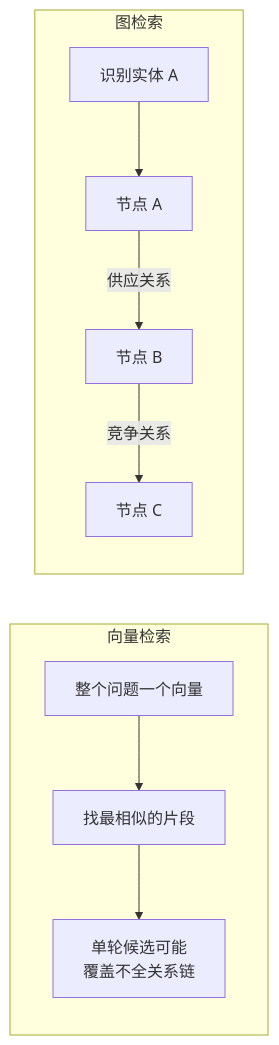
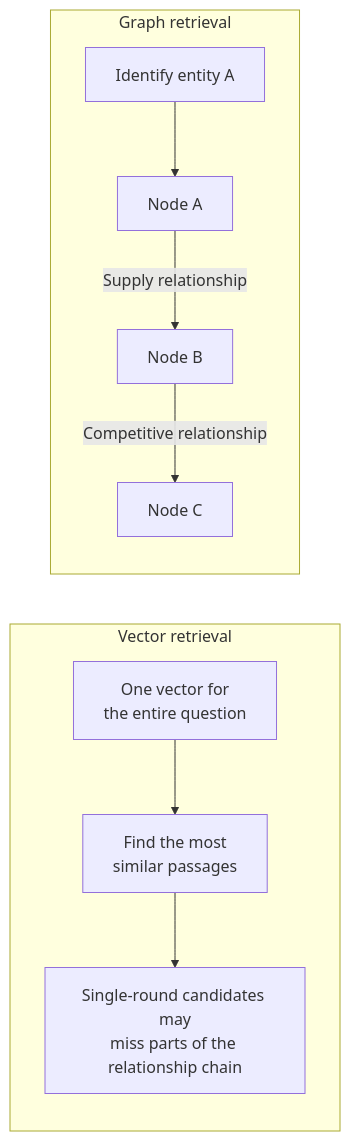
Before and after one commit to oneleaveknowsthefall/awesome-ai-roadmap: the first of 3 diagrams in docs/rag/04-advanced/16-graphrag.md, drawn with Mermaid. The commit also changed other lines of this file and 60 other files, not shown here.

````diff
--- a/docs/rag/04-advanced/16-graphrag.md
+++ b/docs/rag/04-advanced/16-graphrag.md
@@ -21,12 +21,12 @@
 ```mermaid
 flowchart LR
-    subgraph 向量检索
-        Q1[整个问题一个向量] --> M1[找最相似的片段]
-        M1 --> F1[单轮候选可能<br/>覆盖不全关系链]
+    subgraph Vector retrieval
+        Q1[One vector for<br/>the entire question] --> M1[Find the most<br/>similar passages]
+        M1 --> F1[Single-round candidates may<br/>miss parts of the relationship chain]
     end
-    subgraph 图检索
-        Q2[识别实体 A] --> N1[节点 A]
-        N1 -->|供应关系| N2[节点 B]
-        N2 -->|竞争关系| N3[节点 C]
+    subgraph Graph retrieval
+        Q2[Identify entity A] --> N1[Node A]
+        N1 -->|Supply relationship| N2[Node B]
+        N2 -->|Competitive relationship| N3[Node C]
     end
 ```
````
